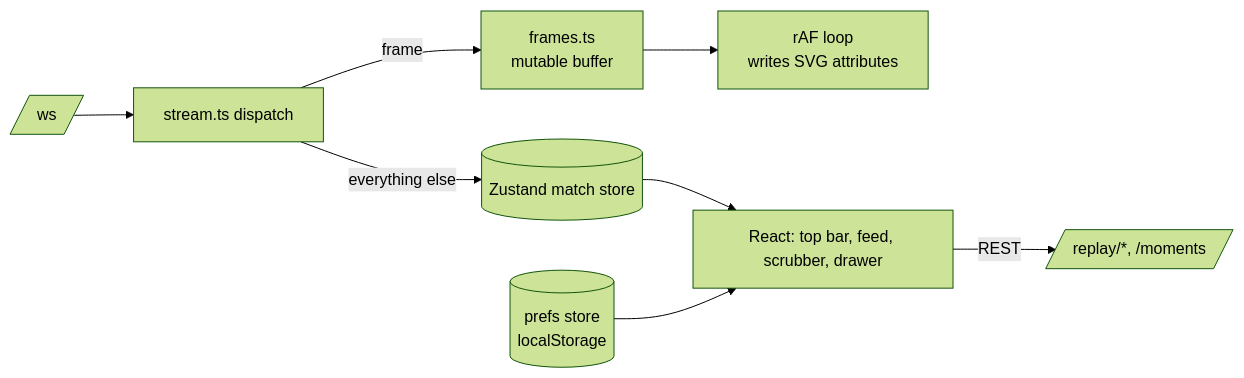
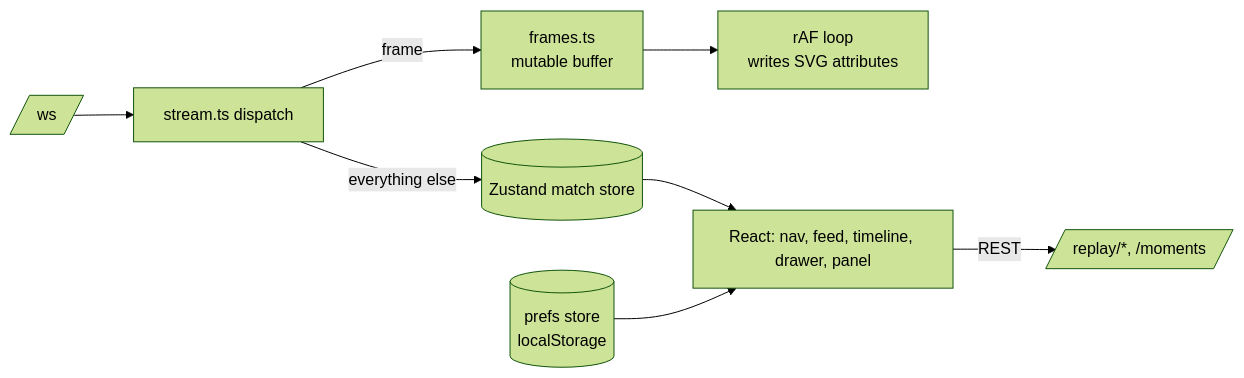
The third of 6 diagrams in ARCHITECTURE.md (vamsi243/Decisionlens), drawn with Mermaid (forest theme) before and after one commit. The commit also changed other lines of this file and 3 other files, not shown here.

First line of the commit message:
docs: bring README, features, architecture and code explainer up to date

````diff
--- a/ARCHITECTURE.md
+++ b/ARCHITECTURE.md
@@ -65,10 +66,10 @@
 ```mermaid
 flowchart LR
   WS[/ws/] --> ST[stream.ts dispatch]
   ST -->|frame| FB[frames.ts<br/>mutable buffer]
   ST -->|everything else| Z[(Zustand match store)]
   FB --> RAF[rAF loop<br/>writes SVG attributes]
-  Z --> R[React: top bar, feed, scrubber, drawer]
+  Z --> R[React: nav, feed, timeline, drawer, panel]
   P[(prefs store<br/>localStorage)] --> R
   R -->|REST| API[/replay/*, /moments/]
 ```
````
